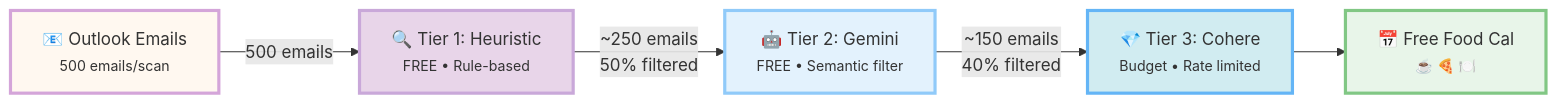
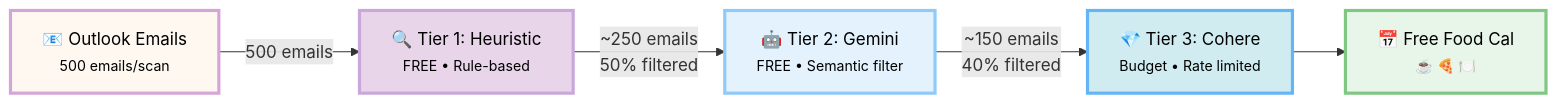
The diagram in README.md (shalkoda/freefoodcal_agent), drawn with Mermaid before and after one commit.

````diff
--- a/README.md
+++ b/README.md
@@ -19,13 +19,13 @@
 ```mermaid
 flowchart LR
     A["📧 Outlook Emails<br/><small>500 emails/scan</small>"] -->|"500 emails"| B["🔍 Tier 1: Heuristic<br/><small>FREE • Rule-based</small>"]
     B -->|"~250 emails<br/>50% filtered"| C["🤖 Tier 2: Gemini<br/><small>FREE • Semantic filter</small>"]
     C -->|"~150 emails<br/>40% filtered"| D["💎 Tier 3: Cohere<br/><small>Budget • Rate limited</small>"]
     D --> E["📅 Free Food Cal<br/><small>☕ 🍕 🍽️</small>"]
     
-    style A fill:#fff8f0,stroke:#d4a5d9,stroke-width:3px
-    style B fill:#e8d5e9,stroke:#c9a8d9,stroke-width:3px
-    style C fill:#e3f2fd,stroke:#90caf9,stroke-width:3px
-    style D fill:#d1ecf1,stroke:#64b5f6,stroke-width:3px
-    style E fill:#e8f5e9,stroke:#81c784,stroke-width:3px
+    style A fill:#fff8f0,stroke:#d4a5d9,stroke-width:3px,color:#000000
+    style B fill:#e8d5e9,stroke:#c9a8d9,stroke-width:3px,color:#000000
+    style C fill:#e3f2fd,stroke:#90caf9,stroke-width:3px,color:#000000
+    style D fill:#d1ecf1,stroke:#64b5f6,stroke-width:3px,color:#000000
+    style E fill:#e8f5e9,stroke:#81c784,stroke-width:3px,color:#000000
 ```
````
